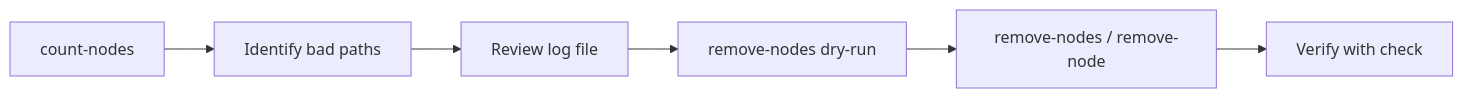
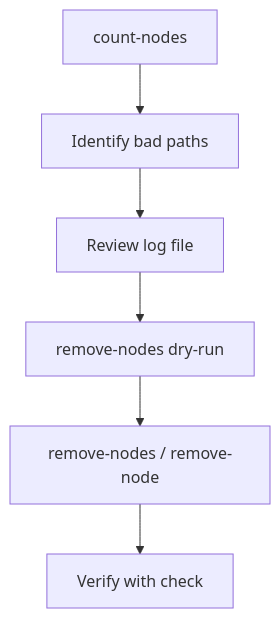
Before and after one commit to somarc/oak-magnum-oakus: the diagram in docs/recovery/surgical.md, drawn with Mermaid. The commit also changed 24 other files, not shown here.

````diff
--- a/docs/recovery/surgical.md
+++ b/docs/recovery/surgical.md
@@ -34,8 +34,8 @@
 ```mermaid
-flowchart LR
+flowchart TD
     A[count-nodes] --> B[Identify bad paths]
     B --> C[Review log file]
     C --> D[remove-nodes dry-run]
     D --> E[remove-nodes / remove-node]
     E --> F[Verify with check]
 ```
````
